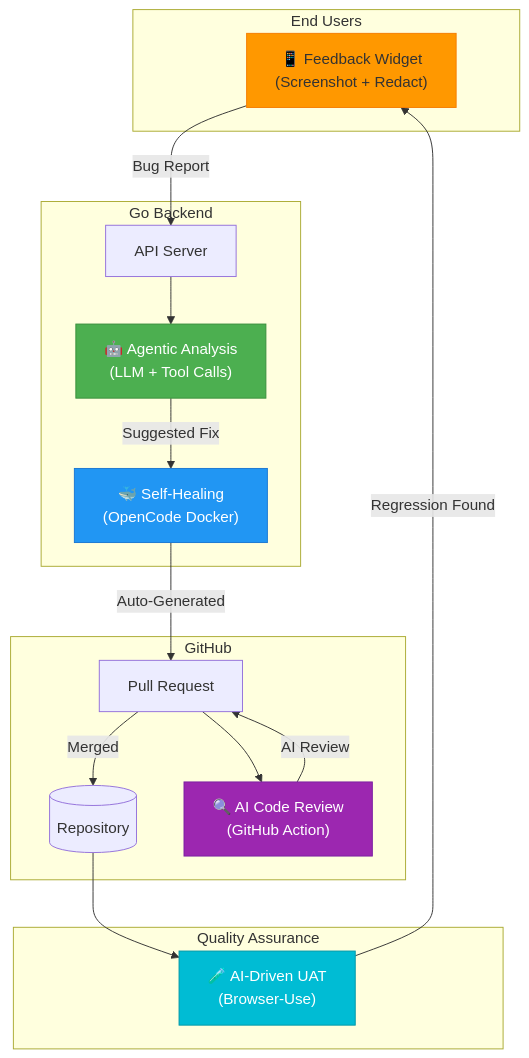
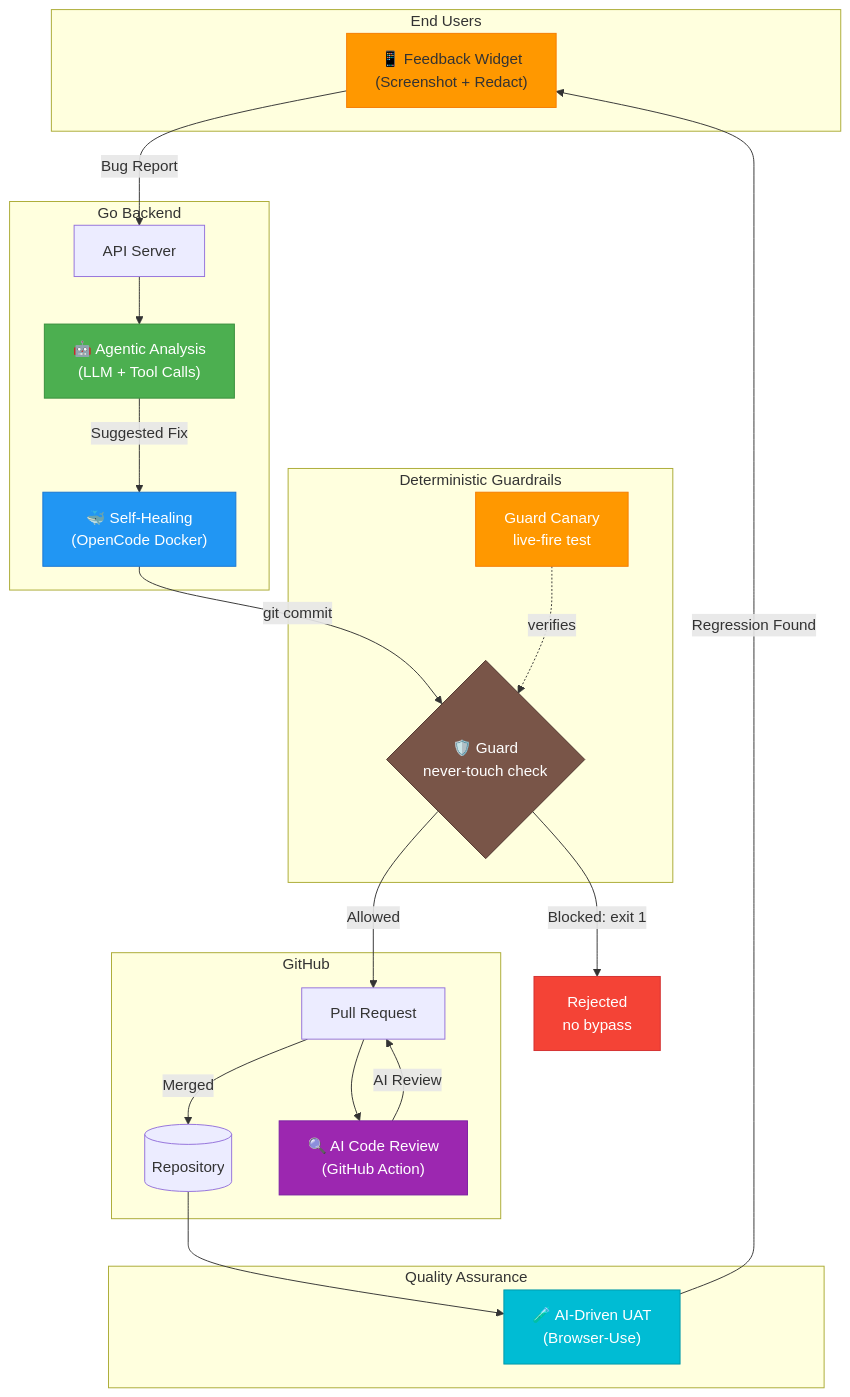
Before and after one commit to bluefermion/feedback: the seventh of 7 diagrams in README.md, drawn with Mermaid. The commit also changed other lines of this file and 8 other files, not shown here.

First line of the commit message:
feat: deterministic guardrails for self-healing (Innovation #6)

````diff
--- a/README.md
+++ b/README.md
@@ -198,38 +248,49 @@
 ```mermaid
 flowchart TB
     subgraph Users["End Users"]
         Widget["📱 Feedback Widget<br/>(Screenshot + Redact)"]
     end
 
     subgraph Backend["Go Backend"]
         API["API Server"]
         Analyze["🤖 Agentic Analysis<br/>(LLM + Tool Calls)"]
         Heal["🐳 Self-Healing<br/>(OpenCode Docker)"]
+    end
+
+    subgraph Governance["Deterministic Guardrails"]
+        Guard{"🛡️ Guard<br/>never-touch check"}
+        Canary["Guard Canary<br/>live-fire test"]
     end
 
     subgraph GitHub["GitHub"]
         Repo[(Repository)]
         Action["🔍 AI Code Review<br/>(GitHub Action)"]
         PR[Pull Request]
     end
 
     subgraph QA["Quality Assurance"]
         UAT["🧪 AI-Driven UAT<br/>(Browser-Use)"]
     end
 
     Widget -->|"Bug Report"| API
     API --> Analyze
     Analyze -->|"Suggested Fix"| Heal
-    Heal -->|"Auto-Generated"| PR
+    Heal -->|"git commit"| Guard
+    Guard -->|"Allowed"| PR
+    Guard -->|"Blocked: exit 1"| Rejected["Rejected<br/>no bypass"]
+    Canary -.->|"verifies"| Guard
     PR --> Action
     Action -->|"AI Review"| PR
     PR -->|"Merged"| Repo
     Repo --> UAT
     UAT -->|"Regression Found"| Widget
 
     style Widget fill:#FF9800,stroke:#F57C00
     style Analyze fill:#4CAF50,stroke:#388E3C,color:#fff
     style Heal fill:#2196F3,stroke:#1976D2,color:#fff
     style Action fill:#9C27B0,stroke:#7B1FA2,color:#fff
     style UAT fill:#00BCD4,stroke:#0097A7,color:#fff
+    style Guard fill:#795548,stroke:#4E342E,color:#fff
+    style Canary fill:#FF9800,stroke:#F57C00,color:#fff
+    style Rejected fill:#f44336,stroke:#d32f2f,color:#fff
 ```
````
